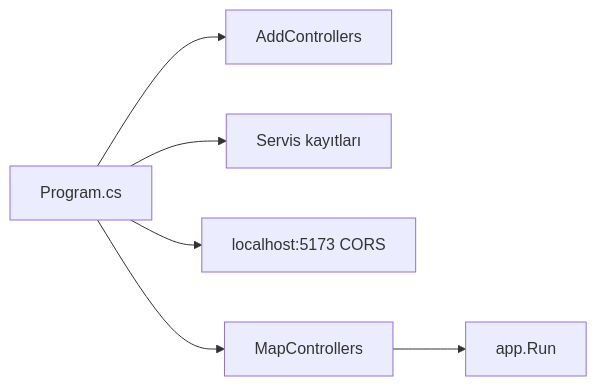
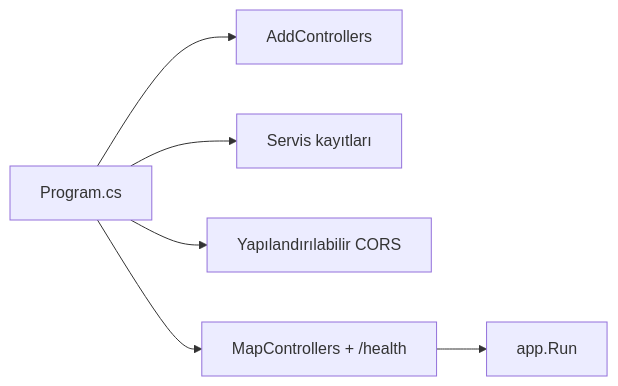
Before and after one commit to ottamina/FTP_Dosya_Yonetimi: the first of 8 diagrams in docs/02_KOD_VE_SERVIS_REHBERI.md, drawn with Mermaid. The commit also changed other lines of this file and 9 other files, not shown here.

````diff
--- a/docs/02_KOD_VE_SERVIS_REHBERI.md
+++ b/docs/02_KOD_VE_SERVIS_REHBERI.md
@@ -11,8 +11,8 @@
 ```mermaid
 flowchart LR
     Program["Program.cs"] --> Controllers["AddControllers"]
     Program --> DI["Servis kayıtları"]
-    Program --> Cors["localhost:5173 CORS"]
-    Program --> Routes["MapControllers"]
+    Program --> Cors["Yapılandırılabilir CORS"]
+    Program --> Routes["MapControllers + /health"]
     Routes --> Run["app.Run"]
 ```
````
